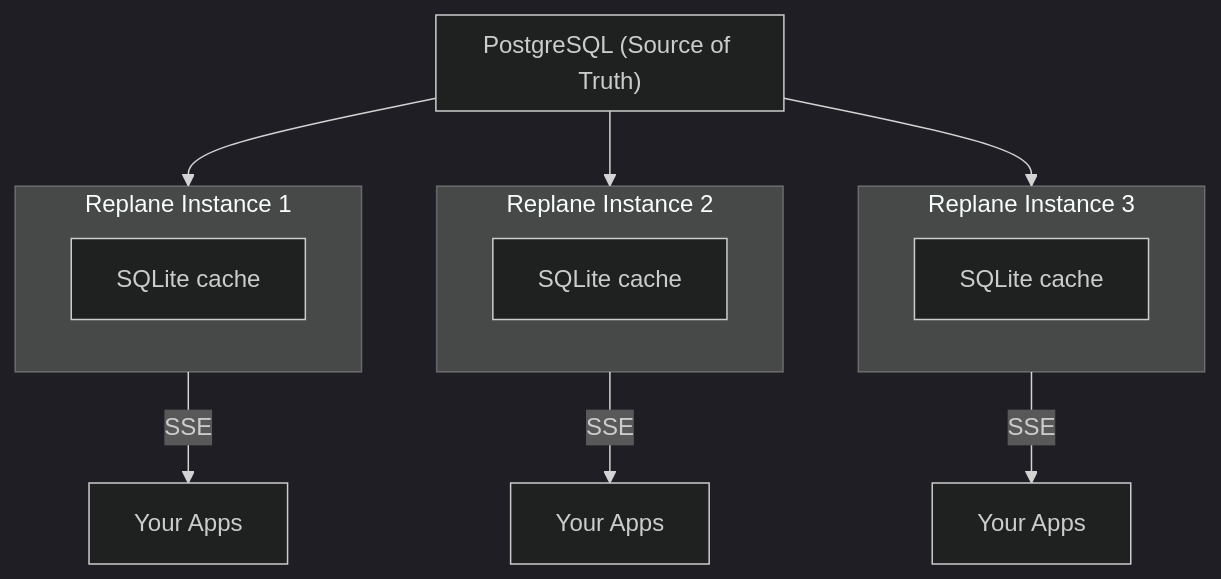
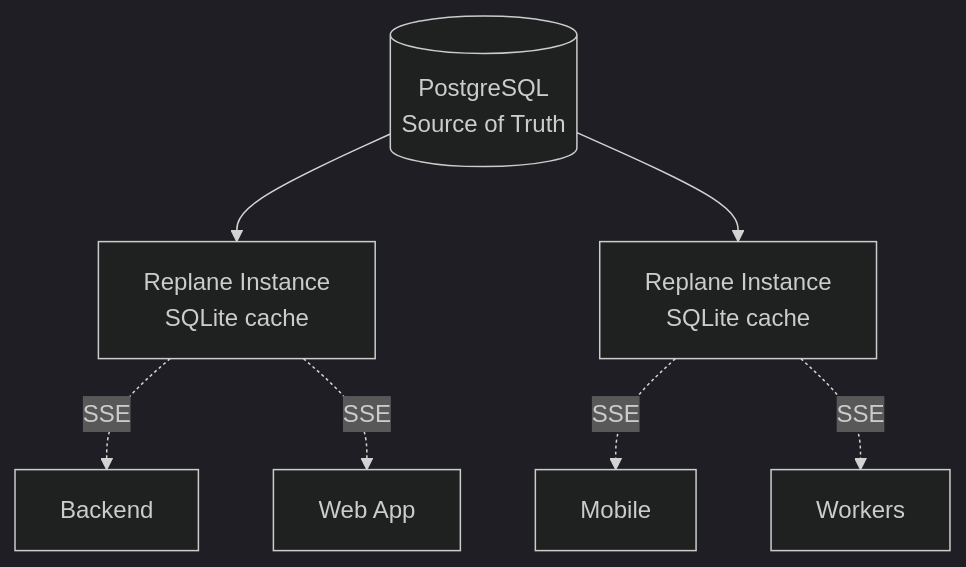
Before and after one commit to replane-dev/replane-website: the diagram in blog/2025-12-30-introducing-replane.md, drawn with Mermaid (dark theme). The commit also changed other lines of this file and 2 other files, not shown here.

````diff
--- a/blog/2025-12-30-introducing-replane.md
+++ b/blog/2025-12-30-introducing-replane.md
@@ -29,25 +29,12 @@
 ```mermaid
-flowchart TB
-    subgraph db["PostgreSQL (Source of Truth)"]
-    end
+flowchart TD
+    db[(PostgreSQL<br/>Source of Truth)]
 
-    db --> r1
-    db --> r2
-    db --> r3
+    db --> r1[Replane Instance<br/>SQLite cache]
+    db --> r2[Replane Instance<br/>SQLite cache]
 
-    subgraph r1["Replane Instance 1"]
-        r1cache["SQLite cache"]
-    end
-
-    subgraph r2["Replane Instance 2"]
-        r2cache["SQLite cache"]
-    end
-
-    subgraph r3["Replane Instance 3"]
-        r3cache["SQLite cache"]
-    end
-
-    r1 -->|SSE| a1["Your Apps"]
-    r2 -->|SSE| a2["Your Apps"]
-    r3 -->|SSE| a3["Your Apps"]
+    r1 -.->|SSE| a1[Backend]
+    r1 -.->|SSE| a2[Web App]
+    r2 -.->|SSE| a3[Mobile]
+    r2 -.->|SSE| a4[Workers]
 ```
````
